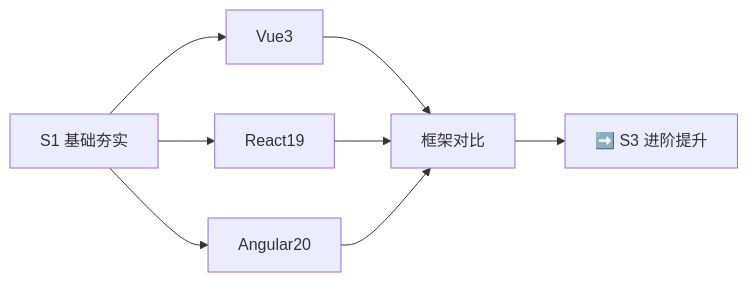
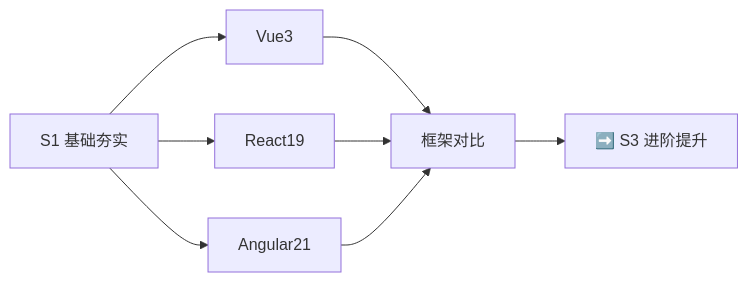
Before and after one commit to KMaybe01/common: the diagram in S2-框架深入/index.md, drawn with Mermaid. The commit also changed other lines of this file and 25 other files, not shown here.

````diff
--- a/S2-框架深入/index.md
+++ b/S2-框架深入/index.md
@@ -17,10 +17,10 @@
 ```mermaid
 graph LR
     S1["S1 基础夯实"] --> Vue["Vue3"]
     S1 --> React["React19"]
-    S1 --> Angular["Angular20"]
+    S1 --> Angular["Angular21"]
     Vue --> Compare["框架对比"]
     React --> Compare
     Angular --> Compare
     Compare --> S3["➡️ S3 进阶提升"]
 ```
````
